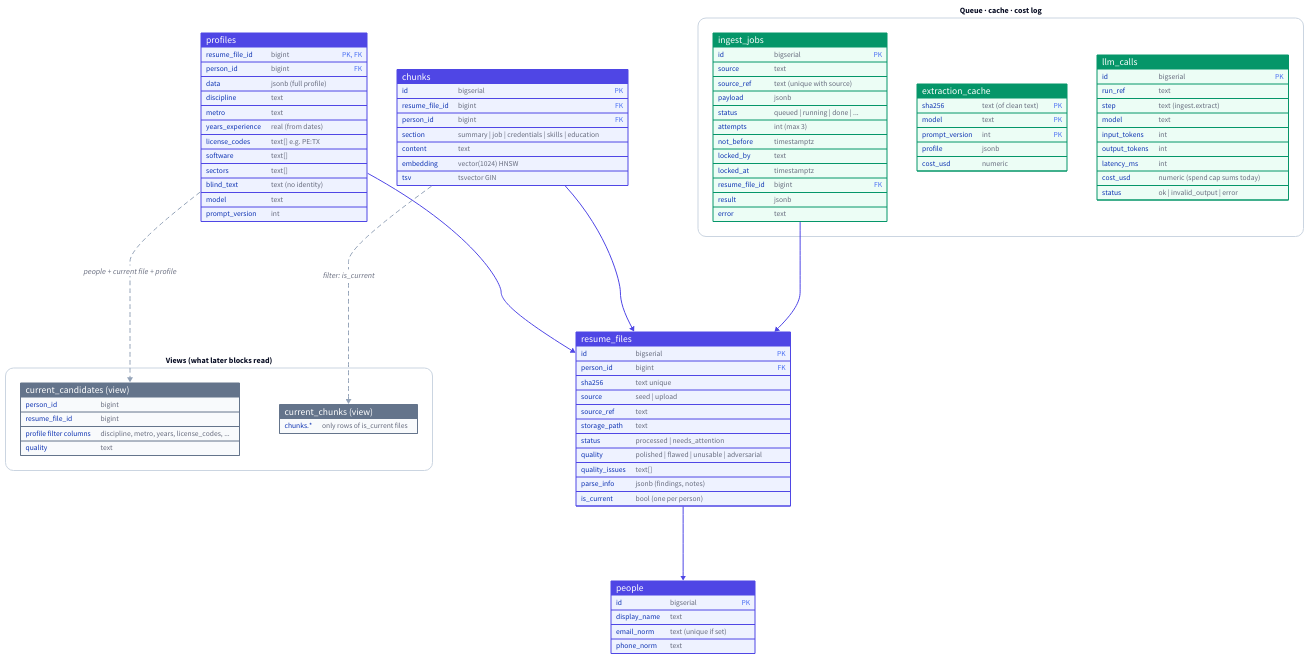
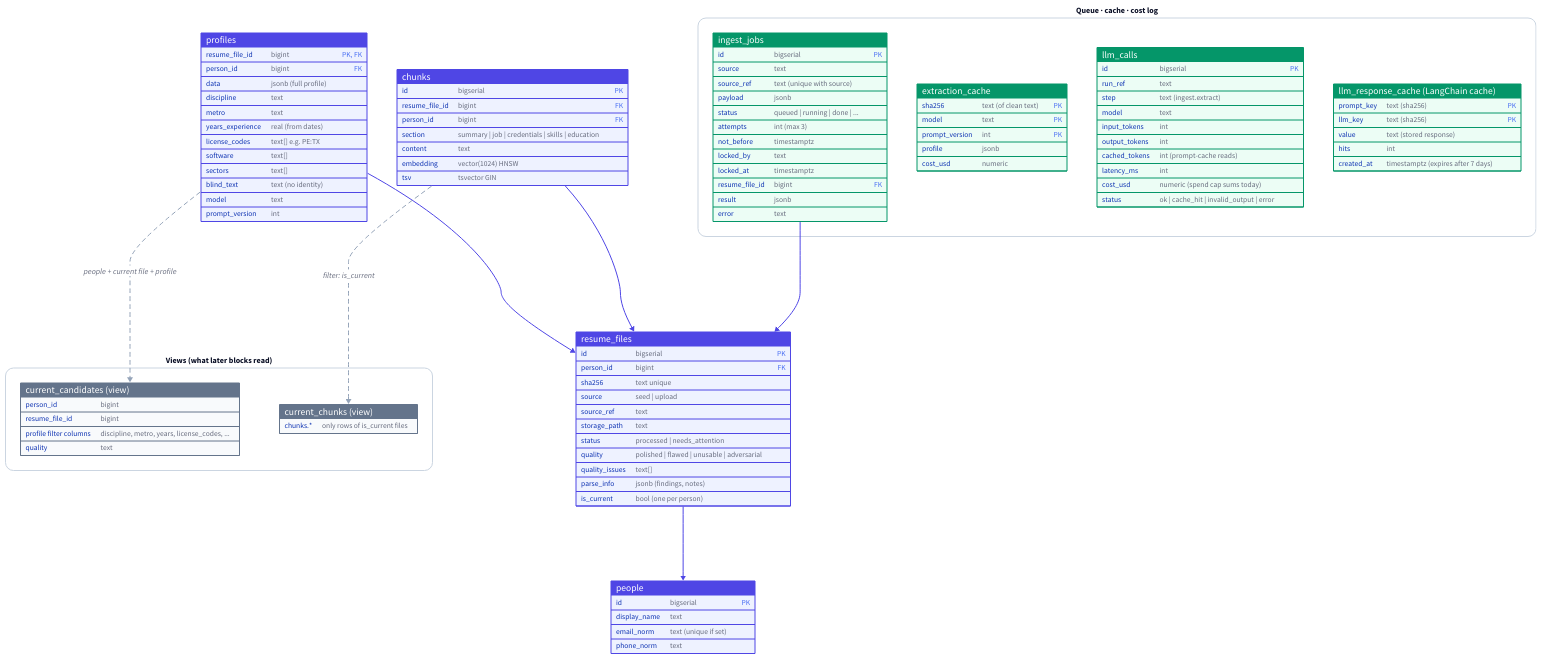
Before and after one commit to bprakashputta/placewise: the diagram in docs/diagrams/src/data-model.d2, drawn with D2. The commit also changed 6 other files, not shown here.

Commit message:
How it works: hosting and auto-deploy, cost controls, deployment diagram, response cache in the data model; accurate stack and data wording

```diff
--- a/docs/diagrams/src/data-model.d2
+++ b/docs/diagrams/src/data-model.d2
@@ -1,126 +1,136 @@
-# Ingest data model (src/placewise/migrations/001–003). Key columns only.
+# Resume data model (src/placewise/migrations/001–003, 008). Key columns only.
 vars: {d2-config: {theme-id: 0; pad: 40}}
 direction: down
 
 classes: {
   table: {shape: sql_table; style: {fill: "#4F46E5"; stroke: "#EEF2FF"; font-color: "#FFFFFF"; font-size: 15}}
   side: {shape: sql_table; style: {fill: "#059669"; stroke: "#ECFDF5"; font-color: "#FFFFFF"; font-size: 15}}
   view: {shape: sql_table; style: {fill: "#64748B"; stroke: "#F8FAFC"; font-color: "#FFFFFF"; font-size: 15}}
   group: {style: {fill: "#FFFFFF"; stroke: "#CBD5E1"; border-radius: 16; font-size: 16; bold: true}}
   rel: {style: {stroke: "#4F46E5"}}
   derived: {style: {stroke: "#94A3B8"; stroke-dash: 4}}
 }
 
 people: {
   class: table
   id: bigserial {constraint: primary_key}
   display_name: text
   email_norm: "text (unique if set)"
   phone_norm: text
 }
 
 resume_files: {
   class: table
   id: bigserial {constraint: primary_key}
   person_id: bigint {constraint: foreign_key}
   sha256: "text unique"
   source: "seed | upload"
   source_ref: text
   storage_path: text
   status: "processed | needs_attention"
   quality: "polished | flawed | unusable | adversarial"
   quality_issues: "text[]"
   parse_info: "jsonb (findings, notes)"
   is_current: "bool (one per person)"
 }
 
 profiles: {
   class: table
   resume_file_id: bigint {constraint: [primary_key; foreign_key]}
   person_id: bigint {constraint: foreign_key}
   data: "jsonb (full profile)"
   discipline: text
   metro: text
   years_experience: "real (from dates)"
   license_codes: "text[] e.g. PE:TX"
   software: "text[]"
   sectors: "text[]"
   blind_text: "text (no identity)"
   model: text
   prompt_version: int
 }
 
 chunks: {
   class: table
   id: bigserial {constraint: primary_key}
   resume_file_id: bigint {constraint: foreign_key}
   person_id: bigint {constraint: foreign_key}
   section: "summary | job | credentials | skills | education"
   content: text
   embedding: "vector(1024) HNSW"
   tsv: "tsvector GIN"
 }
 
 ops: "Queue · cache · cost log" {
   class: group
   ingest_jobs: {
     class: side
     id: bigserial {constraint: primary_key}
     source: text
     source_ref: "text (unique with source)"
     payload: jsonb
     status: "queued | running | done | ..."
     attempts: "int (max 3)"
     not_before: timestamptz
     locked_by: text
     locked_at: timestamptz
     resume_file_id: bigint {constraint: foreign_key}
     result: jsonb
     error: text
   }
 
   extraction_cache: {
     class: side
     sha256: "text (of clean text)" {constraint: primary_key}
     model: text {constraint: primary_key}
     prompt_version: int {constraint: primary_key}
     profile: jsonb
     cost_usd: numeric
   }
 
   llm_calls: {
     class: side
     id: bigserial {constraint: primary_key}
     run_ref: text
     step: "text (ingest.extract)"
     model: text
     input_tokens: int
     output_tokens: int
+    cached_tokens: "int (prompt-cache reads)"
     latency_ms: int
     cost_usd: "numeric (spend cap sums today)"
-    status: "ok | invalid_output | error"
+    status: "ok | cache_hit | invalid_output | error"
+  }
+
+  llm_response_cache: "llm_response_cache (LangChain cache)" {
+    class: side
+    prompt_key: "text (sha256)" {constraint: primary_key}
+    llm_key: "text (sha256)" {constraint: primary_key}
+    value: "text (stored response)"
+    hits: int
+    created_at: "timestamptz (expires after 7 days)"
   }
 }
 
 views: "Views (what later blocks read)" {
   class: group
   current_candidates: "current_candidates (view)" {
     class: view
     person_id: bigint
     resume_file_id: bigint
     "profile filter columns": "discipline, metro, years, license_codes, ..."
     quality: text
   }
 
   current_chunks: "current_chunks (view)" {
     class: view
     "chunks.*": "only rows of is_current files"
   }
 }
 
 people.id <- resume_files.person_id {class: rel}
 resume_files.id <- profiles.resume_file_id {class: rel}
 resume_files.id <- chunks.resume_file_id {class: rel}
 resume_files.id <- ops.ingest_jobs.resume_file_id {class: rel}
 profiles -> views.current_candidates: "people + current file + profile" {class: derived}
 chunks -> views.current_chunks: "filter: is_current" {class: derived}
```
